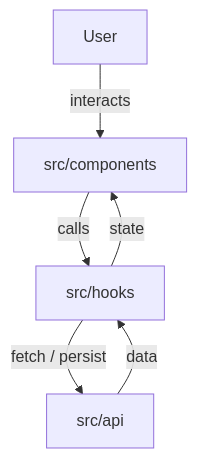
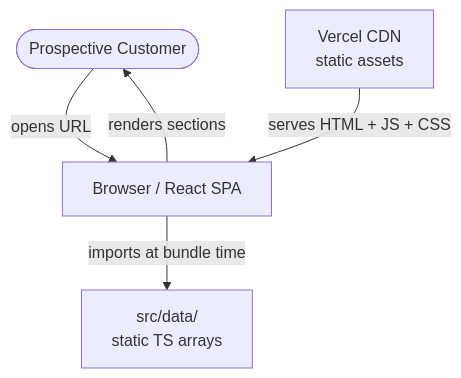
One commit to Offthearc/car_rental_landing_page changed the first of 4 diagrams in docs/architecture.md. Above: the diagram before and after it, drawn with Mermaid. The commit also changed other lines of this file and 15 other files, not shown here.

````diff
--- a/docs/architecture.md
+++ b/docs/architecture.md
@@ -40,8 +106,12 @@
 ```mermaid
 flowchart TD
-    User -->|interacts| UI[src/components]
-    UI -->|calls| Hooks[src/hooks]
-    Hooks -->|fetch / persist| API[src/api]
-    API -->|data| Hooks
-    Hooks -->|state| UI
+    Visitor([Prospective Customer])
+    Browser[Browser / React SPA]
+    CDN[Vercel CDN\nstatic assets]
+    Data[src/data/\nstatic TS arrays]
+
+    Visitor -->|opens URL| Browser
+    CDN -->|serves HTML + JS + CSS| Browser
+    Browser -->|imports at bundle time| Data
+    Browser -->|renders sections| Visitor
 ```
````
